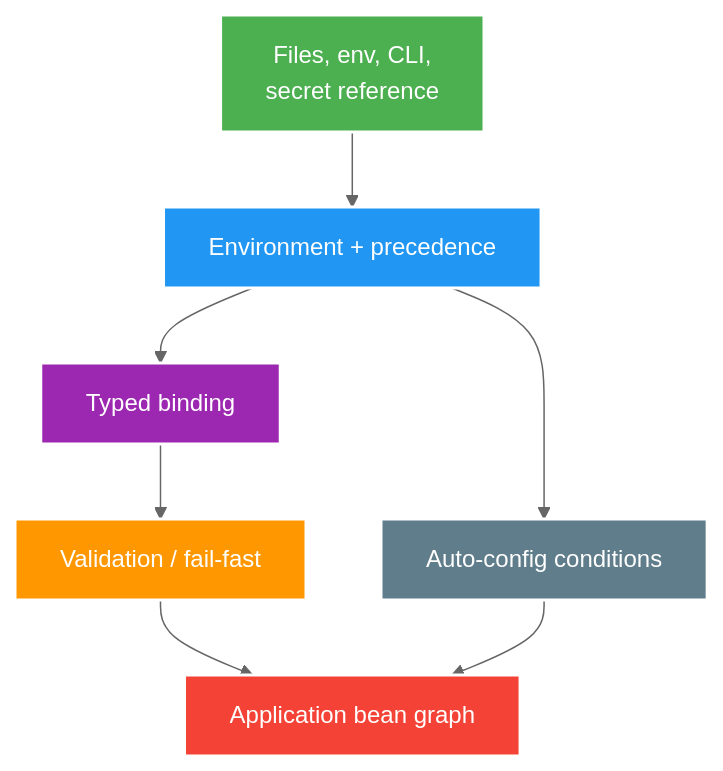
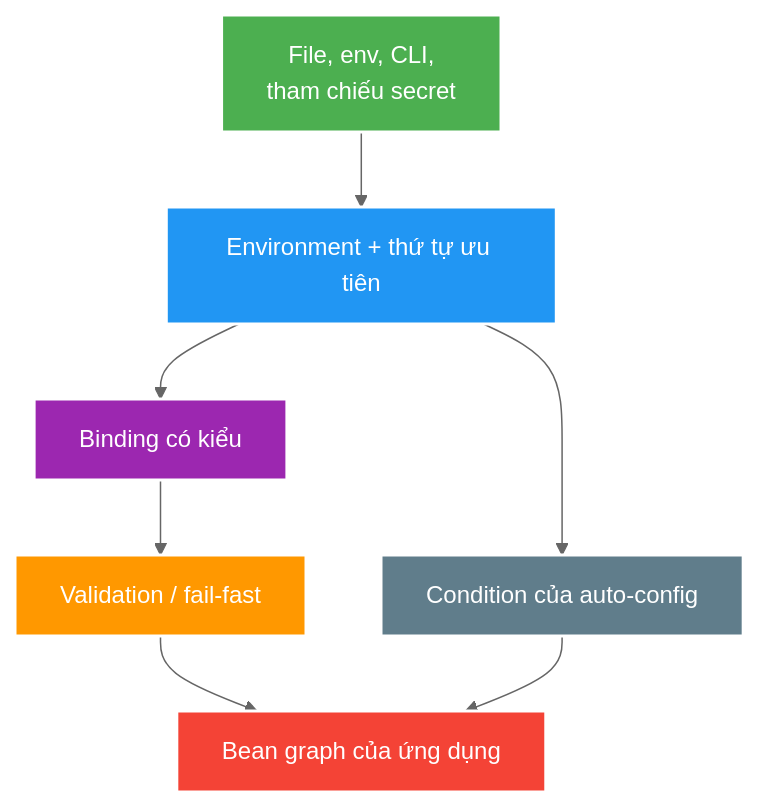
One commit to HungPhan200591/live-stream-backend changed the diagram in docs/learning/topics/spring/theory/core/configuration-and-profile-safety.md. Above: the diagram before and after it, drawn with Mermaid (neutral theme). The commit also changed other lines of this file and 177 other files, not shown here.

````diff
--- a/docs/learning/topics/spring/theory/core/configuration-and-profile-safety.md
+++ b/docs/learning/topics/spring/theory/core/configuration-and-profile-safety.md
@@ -30,15 +30,15 @@
 ```mermaid
 flowchart TB
-    S["Files, env, CLI,<br/>secret reference"] --> E["Environment + precedence"]
-    E --> B["Typed binding"]
+    S["File, env, CLI,<br/>tham chiếu secret"] --> E["Environment + thứ tự ưu tiên"]
+    E --> B["Binding có kiểu"]
     B --> V["Validation / fail-fast"]
-    E --> C["Auto-config conditions"]
-    V --> G["Application bean graph"]
+    E --> C["Condition của auto-config"]
+    V --> G["Bean graph của ứng dụng"]
     C --> G
     style S fill:#4CAF50,stroke:#fff,stroke-width:2px,color:#fff
     style E fill:#2196F3,stroke:#fff,stroke-width:2px,color:#fff
     style B fill:#9C27B0,stroke:#fff,stroke-width:2px,color:#fff
     style V fill:#FF9800,stroke:#fff,stroke-width:2px,color:#fff
     style C fill:#607D8B,stroke:#fff,stroke-width:2px,color:#fff
     style G fill:#F44336,stroke:#fff,stroke-width:2px,color:#fff
 ```
````
